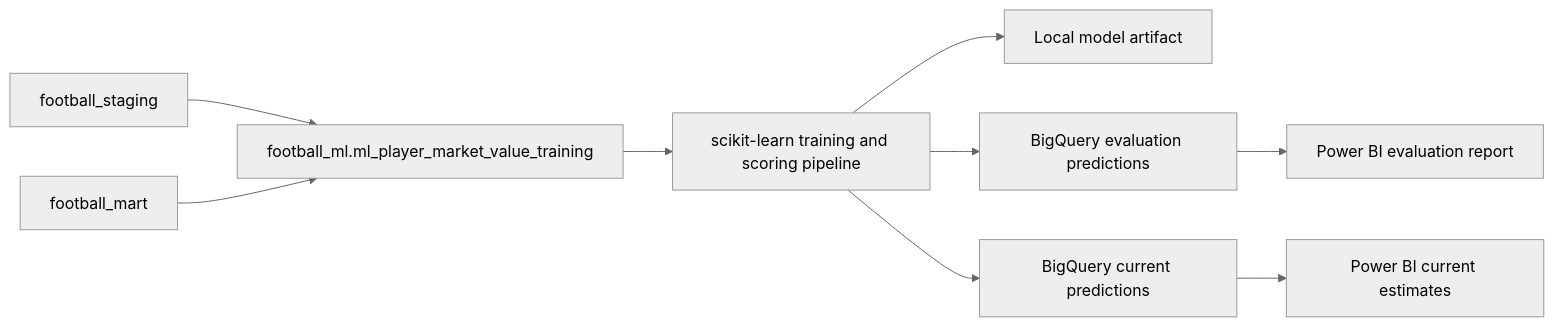
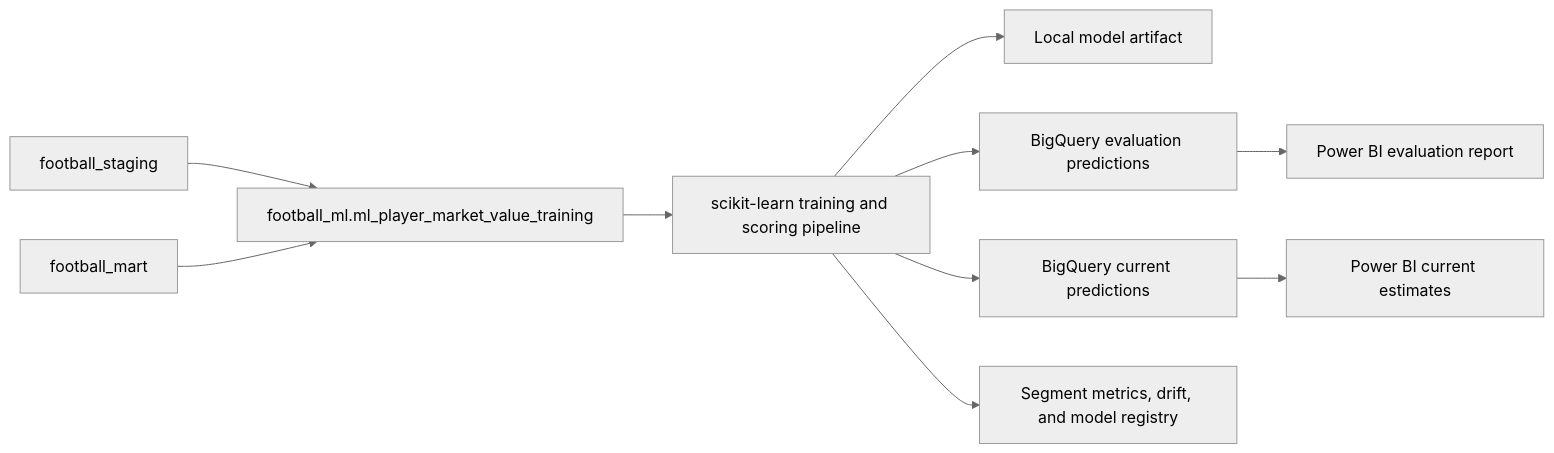
Before and after one commit to ilknurdenizozturk/football-player-performance-analysis: the diagram in docs/PLAYER_MARKET_VALUE_ML.md, drawn with Mermaid (neutral theme). The commit also changed other lines of this file and 13 other files, not shown here.

````diff
--- a/docs/PLAYER_MARKET_VALUE_ML.md
+++ b/docs/PLAYER_MARKET_VALUE_ML.md
@@ -11,11 +11,12 @@
 ```mermaid
 flowchart LR
     A["football_staging"] --> C["football_ml.ml_player_market_value_training"]
     B["football_mart"] --> C
     C --> D["scikit-learn training and scoring pipeline"]
     D --> E["Local model artifact"]
     D --> F["BigQuery evaluation predictions"]
     D --> H["BigQuery current predictions"]
+    D --> J["Segment metrics, drift, and model registry"]
     F --> G["Power BI evaluation report"]
     H --> I["Power BI current estimates"]
 ```
````
